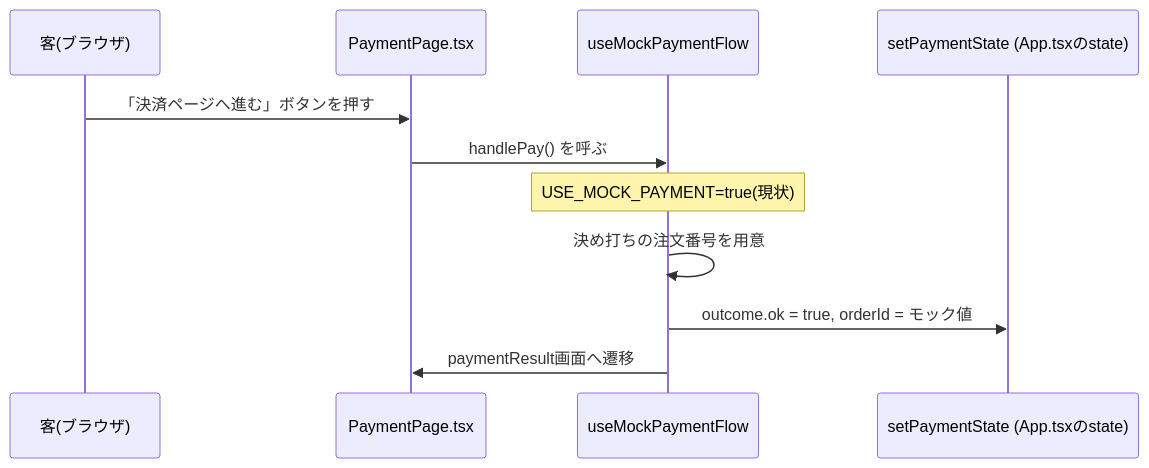
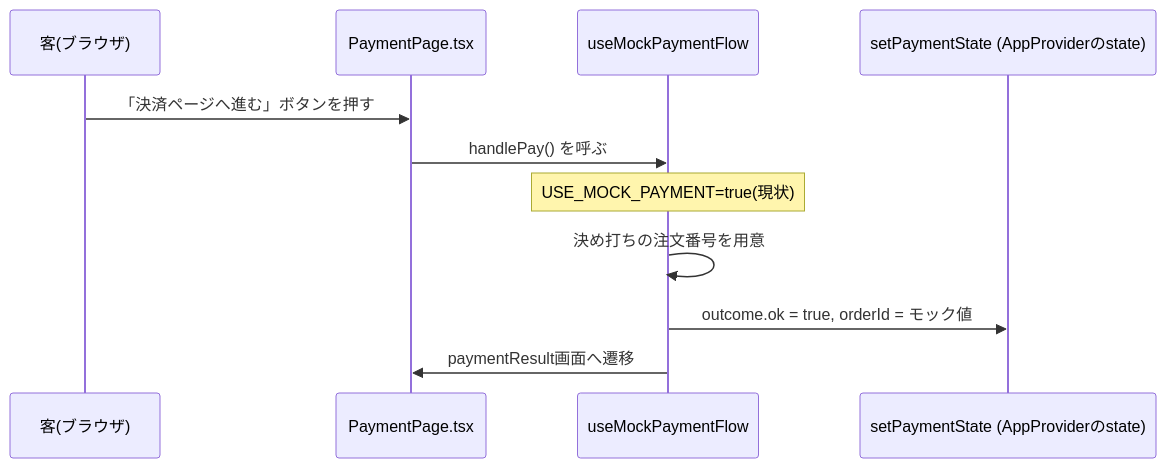
Before and after one commit to Shrssss/CDMTs-payment-application: the third of 3 diagrams in paymentApps/School-Festival-2-main/docs/frontend-handover.md, drawn with Mermaid. The commit also changed other lines of this file and 40 other files, not shown here.

````diff
--- a/paymentApps/School-Festival-2-main/docs/frontend-handover.md
+++ b/paymentApps/School-Festival-2-main/docs/frontend-handover.md
@@ -210,14 +248,14 @@
 ```mermaid
 sequenceDiagram
     participant U as 客(ブラウザ)
     participant P as PaymentPage.tsx
     participant H as useMockPaymentFlow
-    participant S as setPaymentState (App.tsxのstate)
+    participant S as setPaymentState (AppProviderのstate)
 
     U->>P: 「決済ページへ進む」ボタンを押す
     P->>H: handlePay() を呼ぶ
     Note over H: USE_MOCK_PAYMENT=true(現状)
     H->>H: 決め打ちの注文番号を用意
     H->>S: outcome.ok = true, orderId = モック値
     H->>P: paymentResult画面へ遷移
 ```
````
